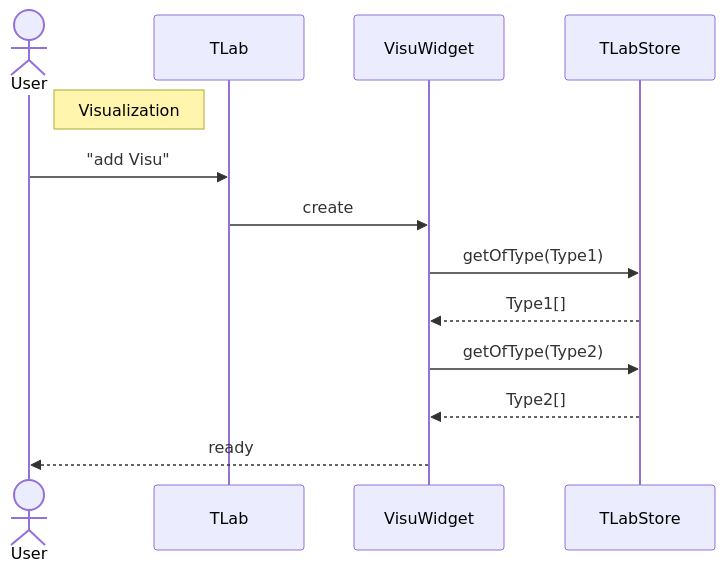
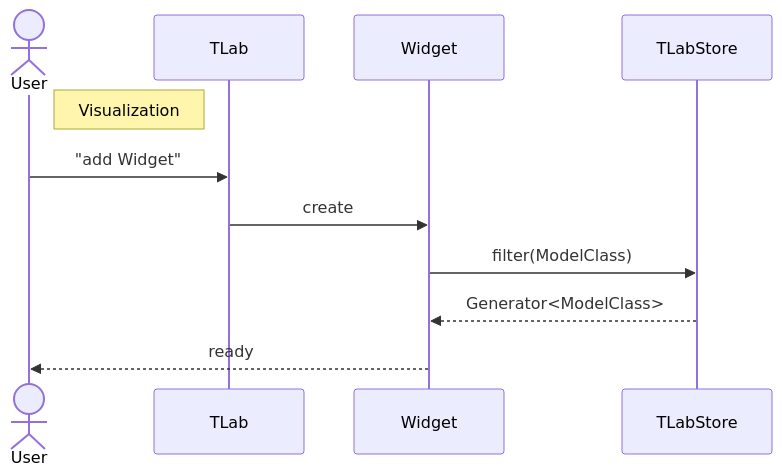
The seventh of 7 diagrams in docs/architecture.md (twiinIT/tlab), drawn with Mermaid before and after one commit. The commit also changed other lines of this file and 22 other files, not shown here.

````diff
--- a/docs/architecture.md
+++ b/docs/architecture.md
@@ -152,15 +183,13 @@
 ```mermaid
 sequenceDiagram
     actor User
     participant TLab
-    participant VisuWidget
+    participant Widget
     participant TLabStore
     note right of User : Visualization
-    User ->> TLab : "add Visu"
-    TLab ->> VisuWidget : create
-    VisuWidget ->> TLabStore : getOfType(Type1)
-    TLabStore -->> VisuWidget: Type1[]
-    VisuWidget ->> TLabStore : getOfType(Type2)
-    TLabStore -->> VisuWidget : Type2[]
-    VisuWidget -->> User : ready
+    User ->> TLab : "add Widget"
+    TLab ->> Widget : create
+    Widget ->> TLabStore : filter(ModelClass)
+    TLabStore -->> Widget: Generator<ModelClass>
+    Widget -->> User : ready
 ```
````
